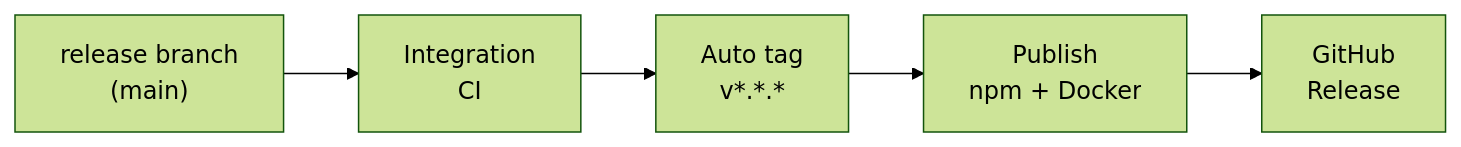
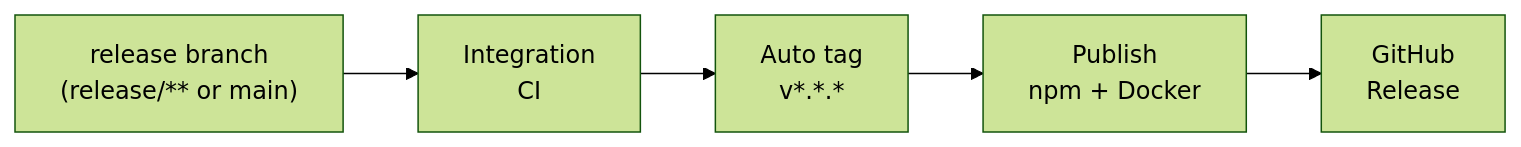
Before and after one commit to debian777/kairos-mcp: the diagram in .github/workflows/README.Autorelease.md, drawn with Mermaid (forest theme). The commit also changed other lines of this file and 5 other files, not shown here.

Commit message:
feat: implement release/* branch pipeline — Integration → Auto tag → Publish → GitHub Release

````diff
--- a/.github/workflows/README.Autorelease.md
+++ b/.github/workflows/README.Autorelease.md
@@ -5,10 +5,10 @@
 ```mermaid
 flowchart LR
-  BRANCH["release branch\n(main)"]
+  BRANCH["release branch\n(release/** or main)"]
   INT[Integration\nCI]
   TAG[Auto tag\nv*.*.*]
   PUB[Publish\nnpm + Docker]
   REL[GitHub\nRelease]
 
   BRANCH --> INT --> TAG --> PUB --> REL
 ```
````
